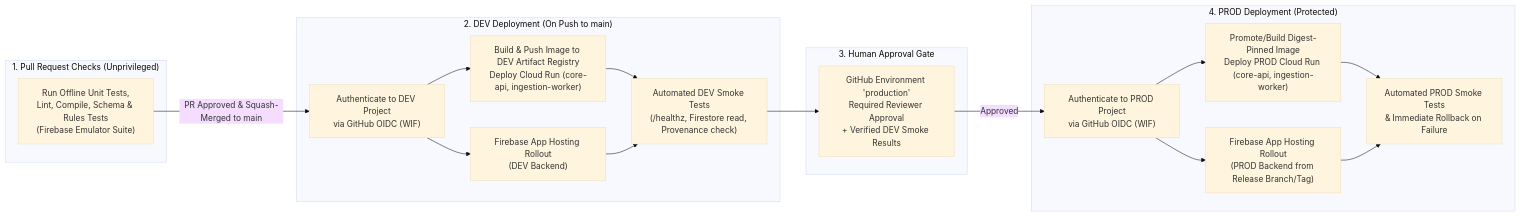
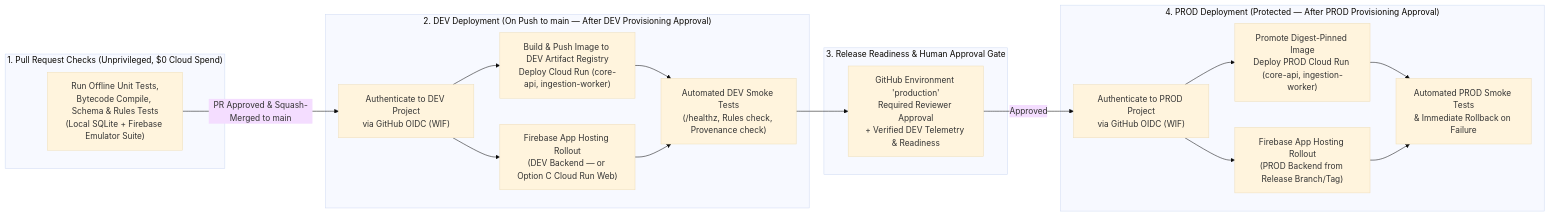
The third of 3 diagrams in docs/operations/cloud-provisioning-plan.md (maha-ai-developer/ai-research-learning), drawn with Mermaid (base theme) before and after one commit. The commit also changed other lines of this file and 3 other files, not shown here.

Commit message:
docs(operations): address architecture review findings in cloud provisioning plan (Task 008)

````diff
--- a/docs/operations/cloud-provisioning-plan.md
+++ b/docs/operations/cloud-provisioning-plan.md
@@ -343,32 +423,32 @@
 ```mermaid
 flowchart LR
-    subgraph PR["1. Pull Request Checks (Unprivileged)"]
-        PR_TEST["Run Offline Unit Tests,\nLint, Compile, Schema & Rules Tests\n(Firebase Emulator Suite)"]
+    subgraph PR["1. Pull Request Checks (Unprivileged, $0 Cloud Spend)"]
+        PR_TEST["Run Offline Unit Tests,\nBytecode Compile, Schema & Rules Tests\n(Local SQLite + Firebase Emulator Suite)"]
     end
 
-    subgraph DEV_STAGE["2. DEV Deployment (On Push to main)"]
+    subgraph DEV_STAGE["2. DEV Deployment (On Push to main — After DEV Provisioning Approval)"]
         DEV_WIF["Authenticate to DEV Project\nvia GitHub OIDC (WIF)"]
         DEV_API["Build & Push Image to DEV Artifact Registry\nDeploy Cloud Run (core-api, ingestion-worker)"]
-        DEV_WEB["Firebase App Hosting Rollout\n(DEV Backend)"]
-        DEV_SMOKE["Automated DEV Smoke Tests\n(/healthz, Firestore read, Provenance check)"]
+        DEV_WEB["Firebase App Hosting Rollout\n(DEV Backend — or Option C Cloud Run Web)"]
+        DEV_SMOKE["Automated DEV Smoke Tests\n(/healthz, Rules check, Provenance check)"]
     end
 
-    subgraph PROD_GATE["3. Human Approval Gate"]
-        APPROVAL["GitHub Environment 'production'\nRequired Reviewer Approval\n+ Verified DEV Smoke Results"]
+    subgraph PROD_GATE["3. Release Readiness & Human Approval Gate"]
+        APPROVAL["GitHub Environment 'production'\nRequired Reviewer Approval\n+ Verified DEV Telemetry & Readiness"]
     end
 
-    subgraph PROD_STAGE["4. PROD Deployment (Protected)"]
+    subgraph PROD_STAGE["4. PROD Deployment (Protected — After PROD Provisioning Approval)"]
         PROD_WIF["Authenticate to PROD Project\nvia GitHub OIDC (WIF)"]
-        PROD_API["Promote/Build Digest-Pinned Image\nDeploy PROD Cloud Run (core-api, ingestion-worker)"]
+        PROD_API["Promote Digest-Pinned Image\nDeploy PROD Cloud Run (core-api, ingestion-worker)"]
         PROD_WEB["Firebase App Hosting Rollout\n(PROD Backend from Release Branch/Tag)"]
         PROD_SMOKE["Automated PROD Smoke Tests\n& Immediate Rollback on Failure"]
     end
 
     PR_TEST -->|"PR Approved & Squash-Merged to main"| DEV_WIF
     DEV_WIF --> DEV_API --> DEV_SMOKE
     DEV_WIF --> DEV_WEB --> DEV_SMOKE
     DEV_SMOKE --> APPROVAL
     APPROVAL -->|"Approved"| PROD_WIF
     PROD_WIF --> PROD_API --> PROD_SMOKE
     PROD_WIF --> PROD_WEB --> PROD_SMOKE
 ```
````
